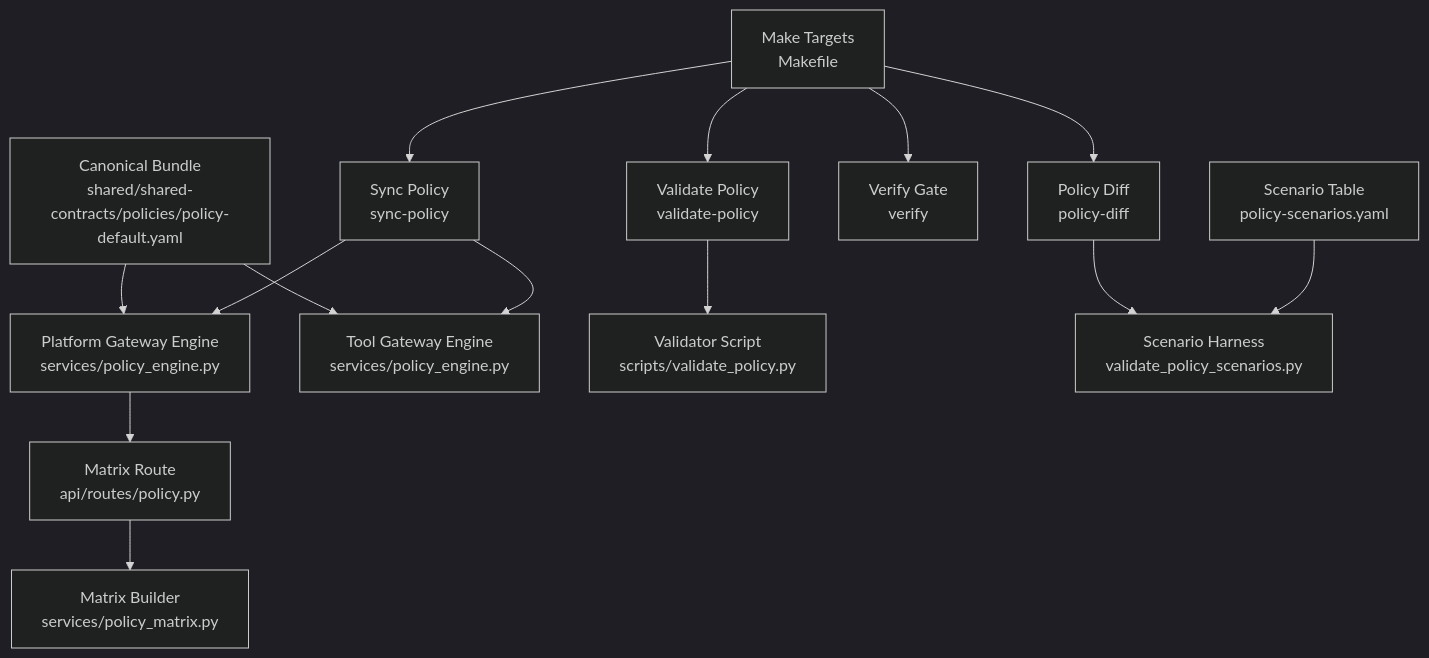
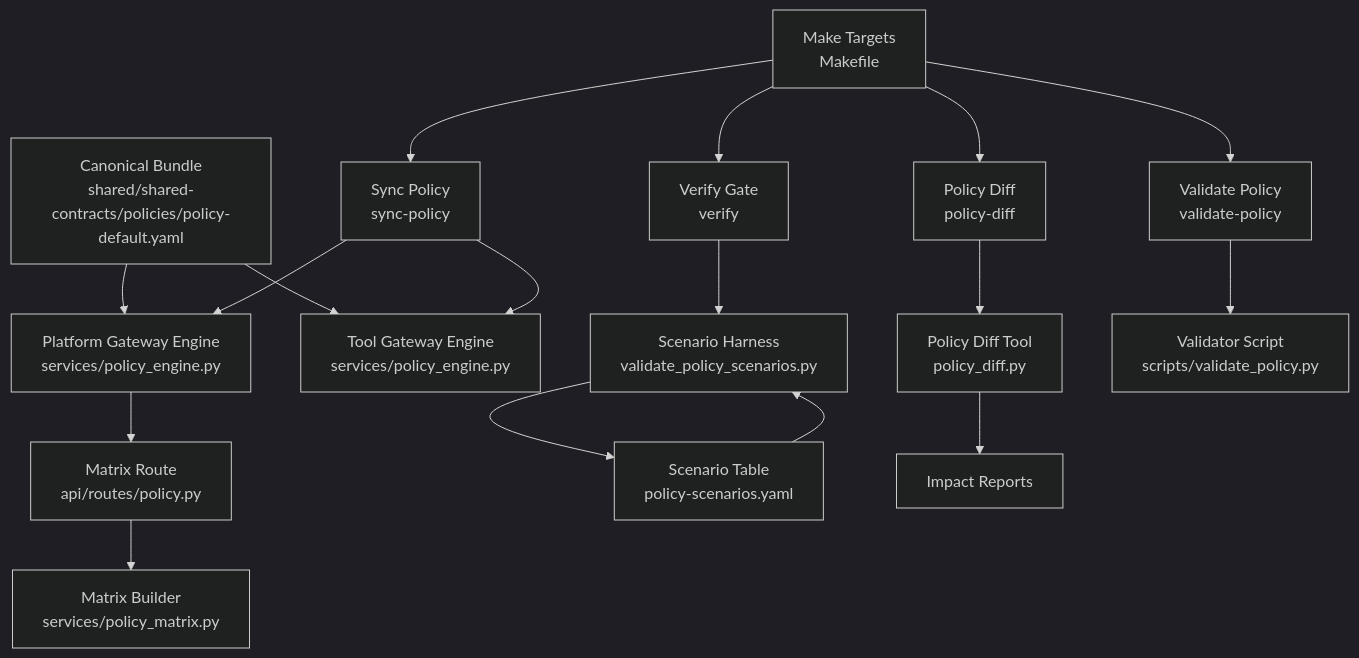
One commit to metasync/luban-aiops changed the first of 7 diagrams in .qoder/repowiki/en/content/Policy Management/Policy Rollout Controls Spike.md. Above: the diagram before and after it, drawn with Mermaid (dark theme). The commit also changed other lines of this file and 35 other files, not shown here.

````diff
--- a/.qoder/repowiki/en/content/Policy Management/Policy Rollout Controls Spike.md
+++ b/.qoder/repowiki/en/content/Policy Management/Policy Rollout Controls Spike.md
@@ -51,16 +48,19 @@
 ```mermaid
 graph TB
 A["Canonical Bundle<br/>shared/shared-contracts/policies/policy-default.yaml"] --> B["Platform Gateway Engine<br/>services/policy_engine.py"]
 A --> C["Tool Gateway Engine<br/>services/policy_engine.py"]
 B --> D["Matrix Route<br/>api/routes/policy.py"]
 D --> E["Matrix Builder<br/>services/policy_matrix.py"]
 F["Make Targets<br/>Makefile"] --> G["Sync Policy<br/>sync-policy"]
 F --> H["Validate Policy<br/>validate-policy"]
 F --> I["Verify Gate<br/>verify"]
 F --> J["Policy Diff<br/>policy-diff"]
+K["Scenario Harness<br/>validate_policy_scenarios.py"] --> L["Scenario Table<br/>policy-scenarios.yaml"]
+M["Policy Diff Tool<br/>policy_diff.py"] --> N["Impact Reports"]
 G --> B
 G --> C
-H --> K["Validator Script<br/>scripts/validate_policy.py"]
-J --> L["Scenario Harness<br/>validate_policy_scenarios.py"]
-M["Scenario Table<br/>policy-scenarios.yaml"] --> L
+H --> O["Validator Script<br/>scripts/validate_policy.py"]
+I --> K
+J --> M
+L --> K
 ```
````
